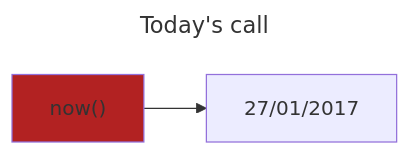
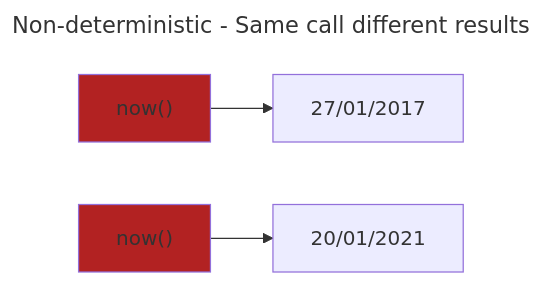
The fourth of 12 diagrams in structure.md (grierson/grierson), drawn with Mermaid before and after one commit. The commit also changed other lines of this file and 1 other file, not shown here.

````diff
--- a/structure.md
+++ b/structure.md
@@ -48,8 +77,10 @@
 ```mermaid
 ---
-title: Today's call
+title: Non-deterministic - Same call different results
 ---
 flowchart LR
   style Now fill:FireBrick
   Now["now()"] --> 27/01/2017
+  style Now2 fill:FireBrick
+  Now2["now()"] --> 20/01/2021
 ```
````
